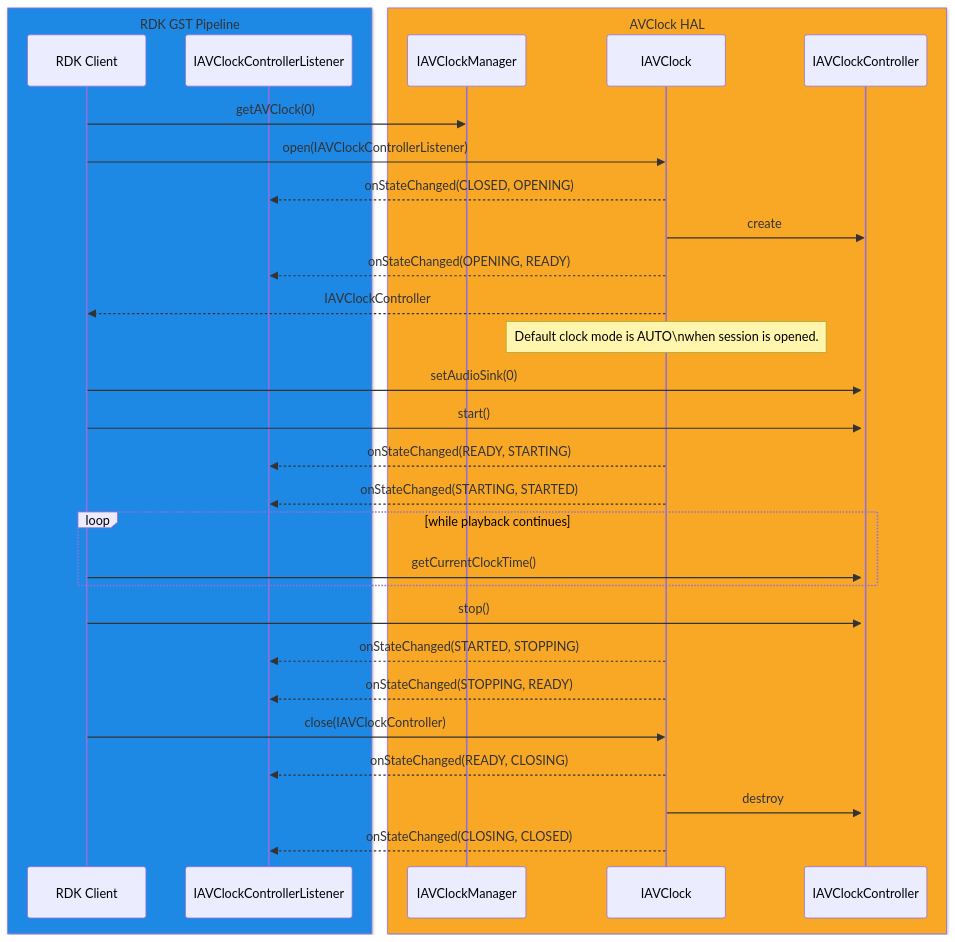
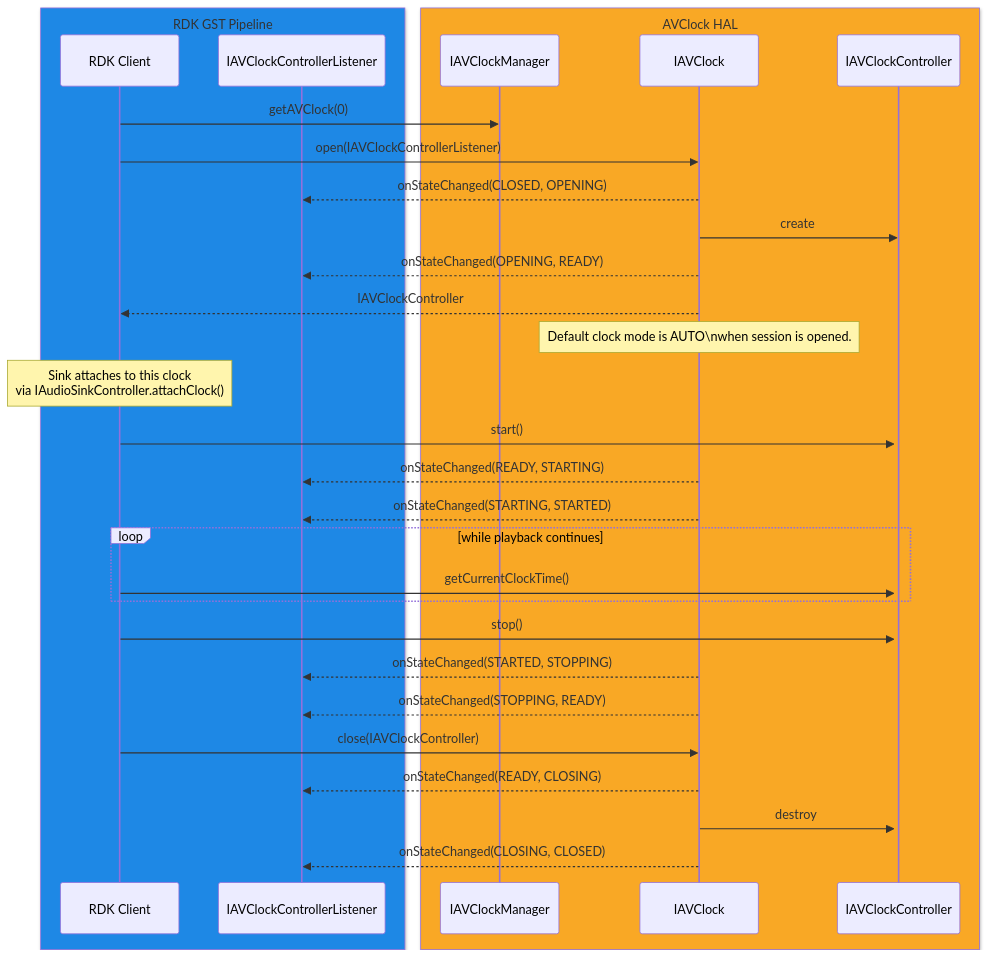
The fourth of 7 diagrams in docs/halif/av_clock/current/av_clock.md (rdkcentral/rdk-halif-aidl), drawn with Mermaid before and after one commit. The commit also changed other lines of this file and 7 other files, not shown here.

````diff
--- a/docs/halif/av_clock/current/av_clock.md
+++ b/docs/halif/av_clock/current/av_clock.md
@@ -368,35 +363,35 @@
 ```mermaid
 sequenceDiagram
     box rgb(30,136,229) RDK GST Pipeline
       participant Client as RDK Client
       participant Listener as IAVClockControllerListener
     end
     box rgb(249,168,37) AVClock HAL
       participant CLKMAN as IAVClockManager
       participant CLK as IAVClock
       participant CTRL as IAVClockController
     end
 
     Client->>CLKMAN: getAVClock(0)
     Client->>CLK: open(IAVClockControllerListener)
     CLK-->>Listener: onStateChanged(CLOSED, OPENING)
     CLK->>CTRL: create
     activate CTRL
     CLK-->>Listener: onStateChanged(OPENING, READY)
     CLK-->>Client: IAVClockController
     note over CLK: Default clock mode is AUTO\nwhen session is opened.
-    Client->>CTRL: setAudioSink(0)
+    note over Client: Sink attaches to this clock<br>via IAudioSinkController.attachClock()
     Client->>CTRL: start()
     CLK-->>Listener: onStateChanged(READY, STARTING)
     CLK-->>Listener: onStateChanged(STARTING, STARTED)
     loop while playback continues
       Client->>CTRL: getCurrentClockTime()
     end
     Client->>CTRL: stop()
     CLK-->>Listener: onStateChanged(STARTED, STOPPING)
     CLK-->>Listener: onStateChanged(STOPPING, READY)
     Client->>CLK: close(IAVClockController)
     CLK-->>Listener: onStateChanged(READY, CLOSING)
     CLK->>CTRL: destroy
     CLK-->>Listener: onStateChanged(CLOSING, CLOSED)
 ```
````
